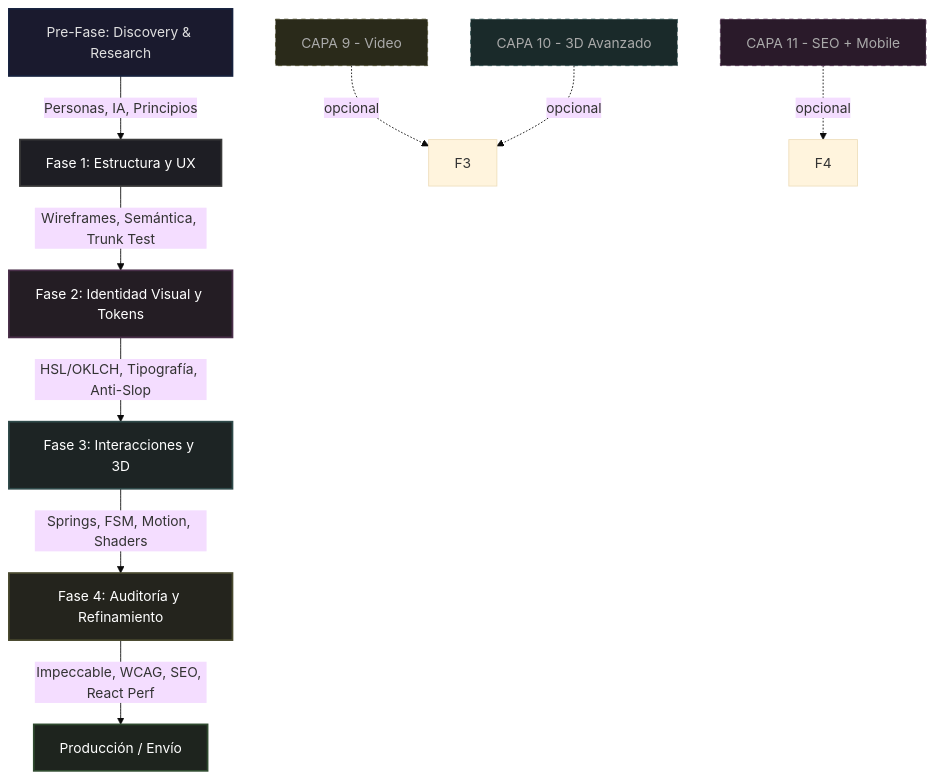
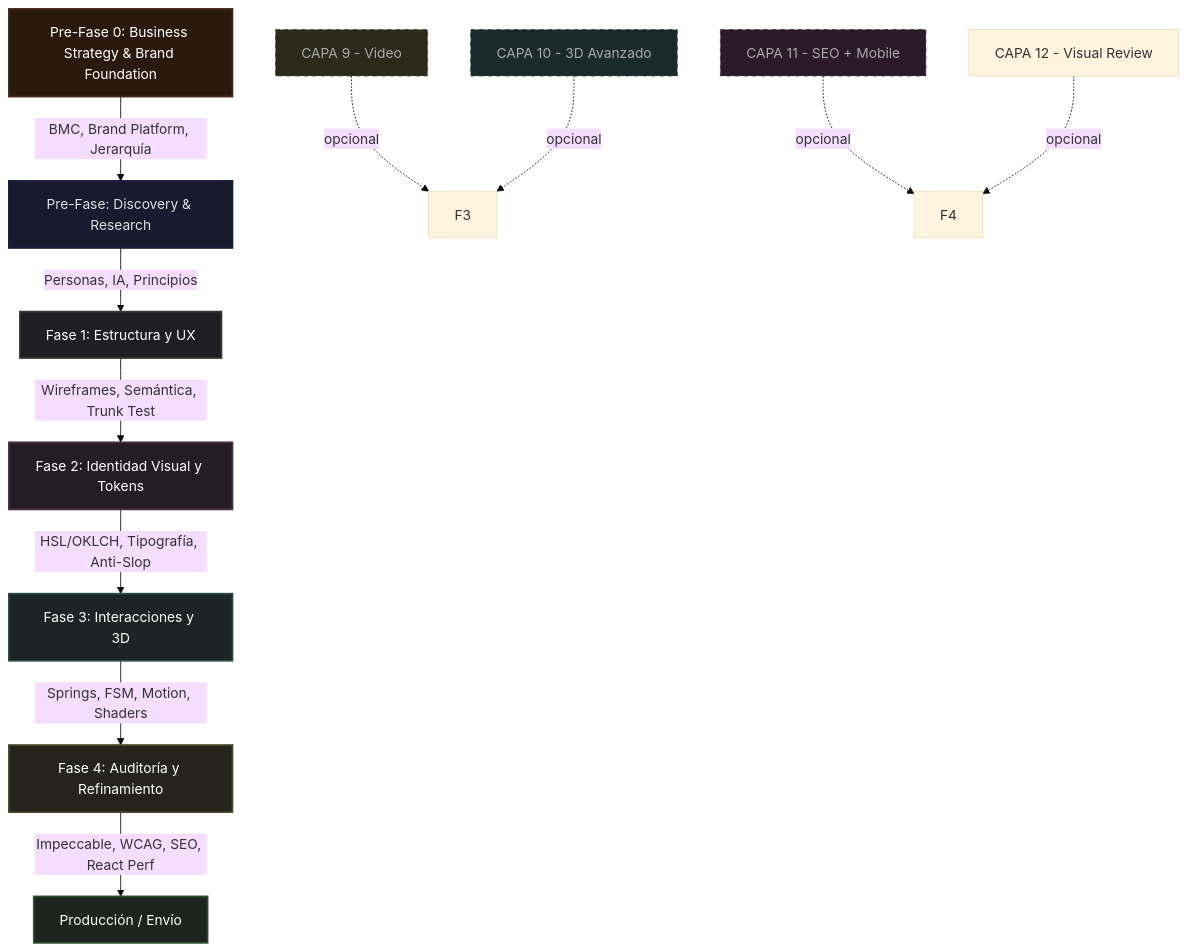
The fourth of 4 diagrams in .agent/skills/vanta-design-orchestrator/SKILL.md (ness-e/vantadb.github.io), drawn with Mermaid (base theme) before and after one commit. The commit also changed other lines of this file and 126 other files, not shown here.

````diff
--- a/.agent/skills/vanta-design-orchestrator/SKILL.md
+++ b/.agent/skills/vanta-design-orchestrator/SKILL.md
@@ -868,23 +1047,26 @@
 ```mermaid
 graph TD
+    P0[Pre-Fase 0: Business Strategy & Brand Foundation] -->|BMC, Brand Platform, Jerarquía| P
     P[Pre-Fase: Discovery & Research] -->|Personas, IA, Principios| A
     A[Fase 1: Estructura y UX] -->|Wireframes, Semántica, Trunk Test| B
     B[Fase 2: Identidad Visual y Tokens] -->|HSL/OKLCH, Tipografía, Anti-Slop| C
     C[Fase 3: Interacciones y 3D] -->|Springs, FSM, Motion, Shaders| D
     D[Fase 4: Auditoría y Refinamiento] -->|Impeccable, WCAG, SEO, React Perf| E
     E[Producción / Envío]
 
     C9[CAPA 9 - Video] -.->|opcional| F3
     C10[CAPA 10 - 3D Avanzado] -.->|opcional| F3
     C11[CAPA 11 - SEO + Mobile] -.->|opcional| F4
+    C12[CAPA 12 - Visual Review] -.->|opcional| F4
 
+    style P0 fill:#2a1a0e,stroke:#4a2a1e,stroke-width:2px,color:#fff
     style P fill:#1a1a2e,stroke:#16213e,stroke-width:2px,color:#e0e0e0
     style A fill:#1e1e24,stroke:#3a3a3a,stroke-width:2px,color:#fff
     style B fill:#241d24,stroke:#4a2f4a,stroke-width:2px,color:#fff
     style C fill:#1d2424,stroke:#2f4a4a,stroke-width:2px,color:#fff
     style D fill:#24241d,stroke:#4a4a2f,stroke-width:2px,color:#fff
     style E fill:#1e241e,stroke:#2f4a2f,stroke-width:2px,color:#fff
     style C9 fill:#2a2a1a,stroke:#4a4a2a,stroke-width:1px,color:#aaa,stroke-dasharray: 5 5
     style C10 fill:#1a2a2a,stroke:#2a4a4a,stroke-width:1px,color:#aaa,stroke-dasharray: 5 5
     style C11 fill:#2a1a2a,stroke:#4a2a4a,stroke-width:1px,color:#aaa,stroke-dasharray: 5 5
 ```
````
